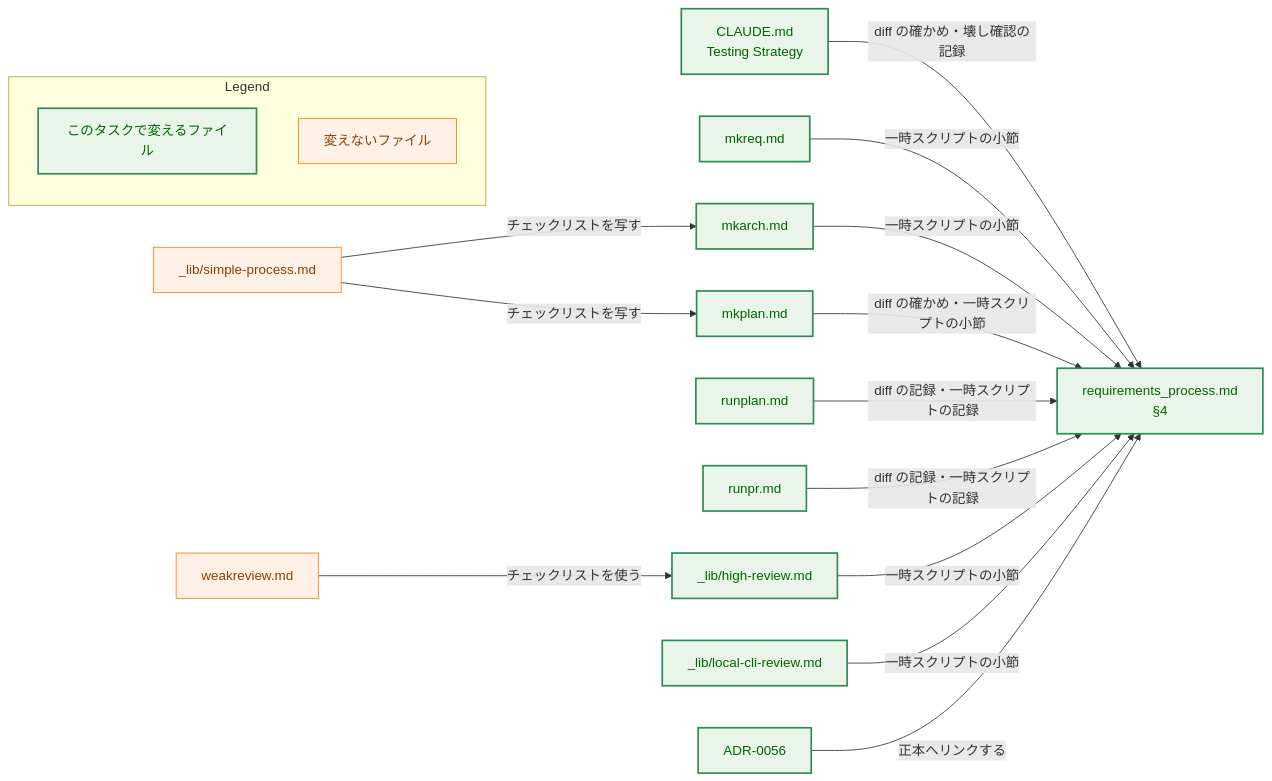
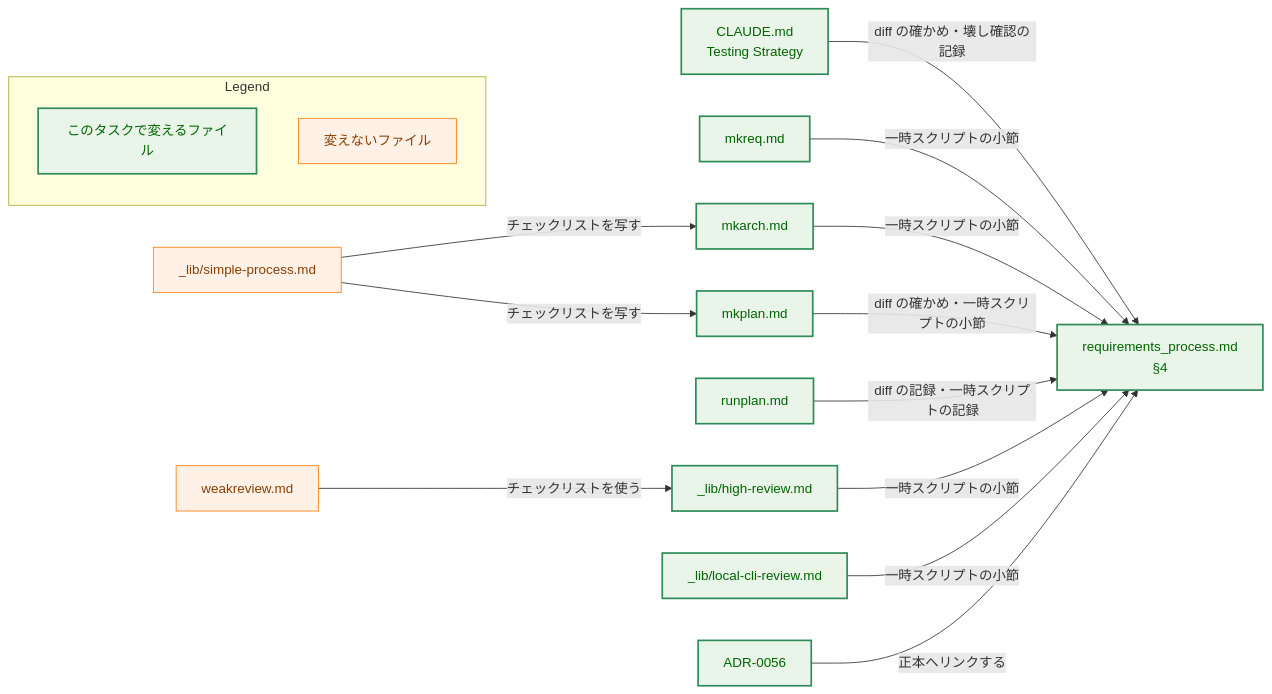
One commit to isseis/yt2column changed the second of 5 diagrams in docs/tasks/0124_checks_proportion/02_architecture.md. Above: the diagram before and after it, drawn with Mermaid. The commit also changed other lines of this file and 1 other file, not shown here.

````diff
--- a/docs/tasks/0124_checks_proportion/02_architecture.md
+++ b/docs/tasks/0124_checks_proportion/02_architecture.md
@@ -120,41 +122,39 @@
 ```mermaid
 flowchart LR
     classDef process fill:#fff1e6,stroke:#ff7f0e,stroke-width:1px,color:#8a3e00;
     classDef enhanced fill:#e8f5e8,stroke:#2e8b57,stroke-width:2px,color:#006400;
 
     REQ4["requirements_process.md<br>§4"]
     TS["CLAUDE.md<br>Testing Strategy"]
     MKREQ["mkreq.md"]
     MKARCH["mkarch.md"]
     MKPLAN["mkplan.md"]
     RUNPLAN["runplan.md"]
-    RUNPR["runpr.md"]
     HIGH["_lib/high-review.md"]
     LCR["_lib/local-cli-review.md"]
     WEAK["weakreview.md"]
     SIMPLE["_lib/simple-process.md"]
     A56["ADR-0056"]
 
     TS -->|"diff の確かめ・壊し確認の記録"| REQ4
     MKREQ -->|"一時スクリプトの小節"| REQ4
     MKARCH -->|"一時スクリプトの小節"| REQ4
     MKPLAN -->|"diff の確かめ・一時スクリプトの小節"| REQ4
     RUNPLAN -->|"diff の記録・一時スクリプトの記録"| REQ4
-    RUNPR -->|"diff の記録・一時スクリプトの記録"| REQ4
     HIGH -->|"一時スクリプトの小節"| REQ4
     LCR -->|"一時スクリプトの小節"| REQ4
     WEAK -->|"チェックリストを使う"| HIGH
     SIMPLE -->|"チェックリストを写す"| MKARCH
     SIMPLE -->|"チェックリストを写す"| MKPLAN
     A56 -->|"正本へリンクする"| REQ4
 
-    class REQ4,TS,MKREQ,MKARCH,MKPLAN,RUNPLAN,RUNPR,HIGH,LCR,A56 enhanced
+    class REQ4,TS,MKREQ,MKARCH,MKPLAN,RUNPLAN,HIGH,LCR,A56 enhanced
     class WEAK,SIMPLE process
 
     subgraph Legend["Legend"]
         L1["このタスクで変えるファイル"]
         L2["変えないファイル"]
     end
     class L1 enhanced
     class L2 process
 ```
````
